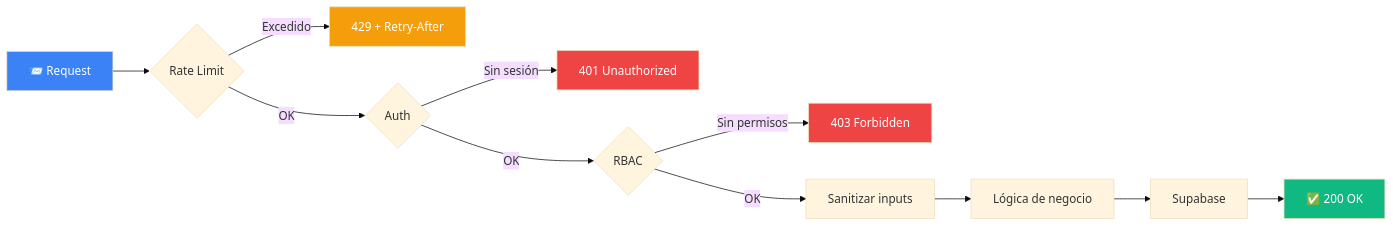
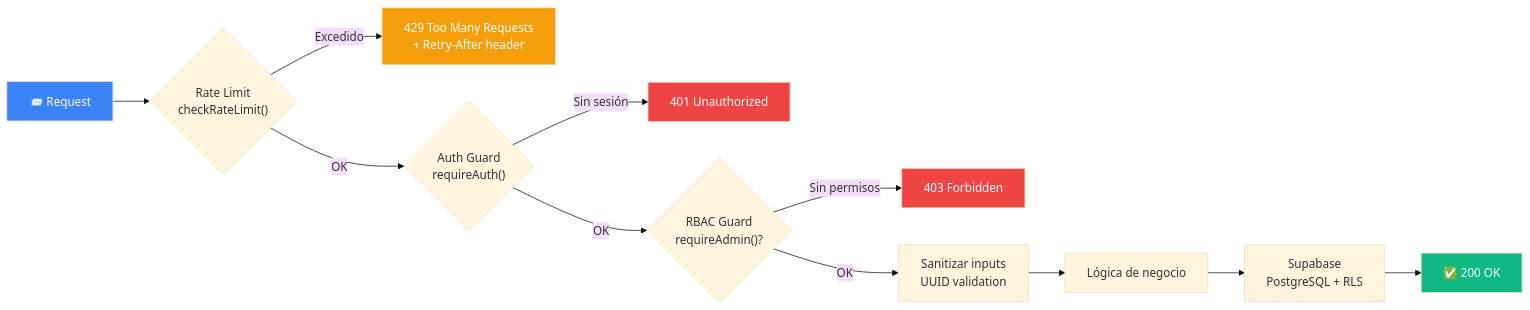
Before and after one commit to Shiroe-95/NominaApp: the eighth of 9 diagrams in README.md, drawn with Mermaid (base theme). The commit also changed other lines of this file, not shown here.

Commit message:
docs: rewrite README from scratch with comprehensive architecture diagrams, multi-agent system docs, API reference, design system, and detailed configuration guide

````diff
--- a/README.md
+++ b/README.md
@@ -397,19 +512,19 @@
 ```mermaid
 flowchart LR
-    REQ["📨 Request"] --> RL{"Rate Limit"}
-    RL -->|Excedido| R429["429 + Retry-After"]
-    RL -->|OK| AUTH{"Auth"}
+    REQ["📨 Request"] --> RL{"Rate Limit<br/>checkRateLimit()"}
+    RL -->|Excedido| R429["429 Too Many Requests<br/>+ Retry-After header"]
+    RL -->|OK| AUTH{"Auth Guard<br/>requireAuth()"}
     AUTH -->|Sin sesión| R401["401 Unauthorized"]
-    AUTH -->|OK| ROLE{"RBAC"}
+    AUTH -->|OK| ROLE{"RBAC Guard<br/>requireAdmin()?"}
     ROLE -->|Sin permisos| R403["403 Forbidden"]
-    ROLE -->|OK| SANITIZE["Sanitizar inputs"]
+    ROLE -->|OK| SANITIZE["Sanitizar inputs<br/>UUID validation"]
     SANITIZE --> LOGIC["Lógica de negocio"]
-    LOGIC --> DB["Supabase"]
+    LOGIC --> DB["Supabase<br/>PostgreSQL + RLS"]
     DB --> R200["✅ 200 OK"]
 
     style REQ fill:#3b82f6,color:#fff
     style R429 fill:#f59e0b,color:#fff
     style R401 fill:#ef4444,color:#fff
     style R403 fill:#ef4444,color:#fff
     style R200 fill:#10b981,color:#fff
 ```
````
